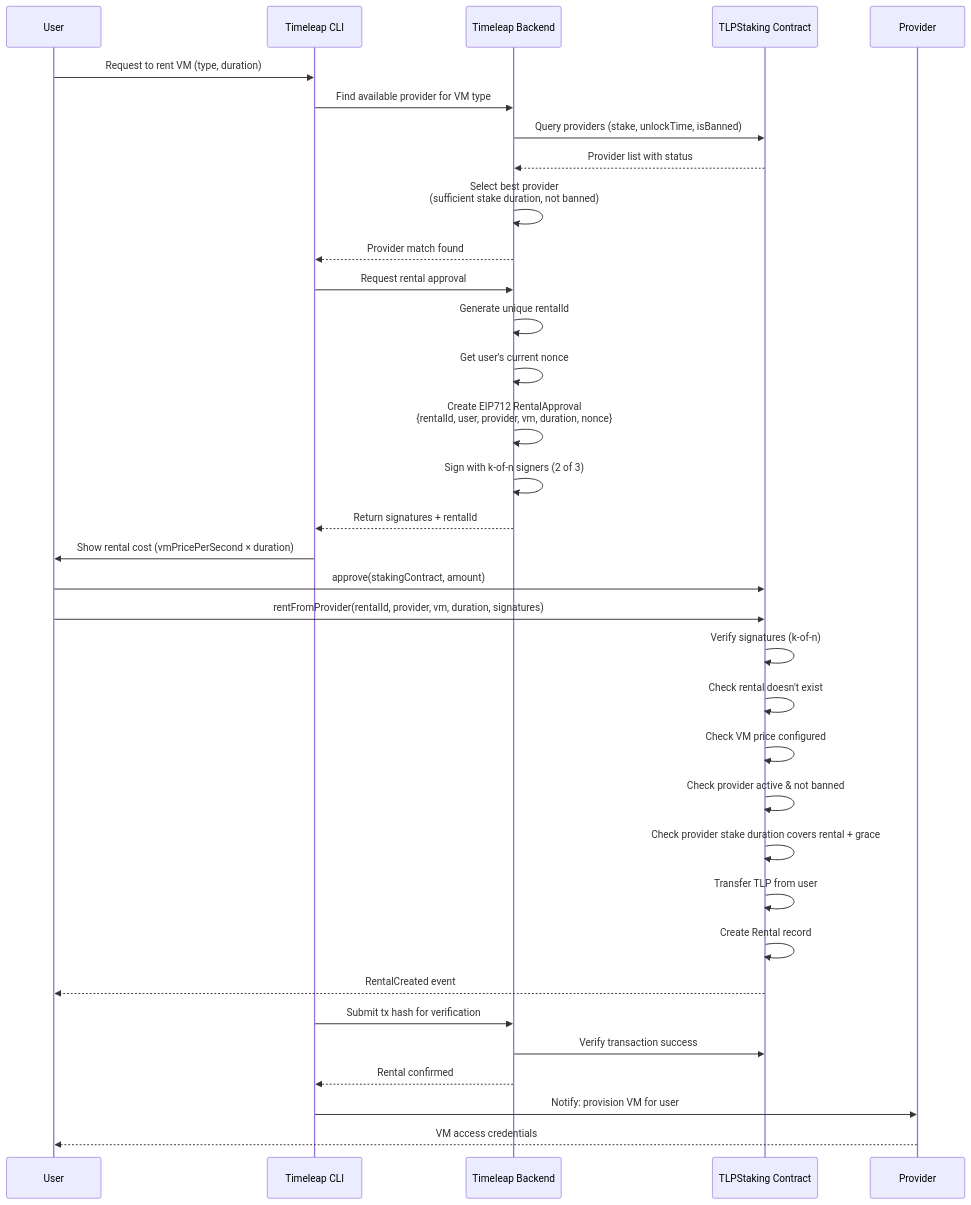
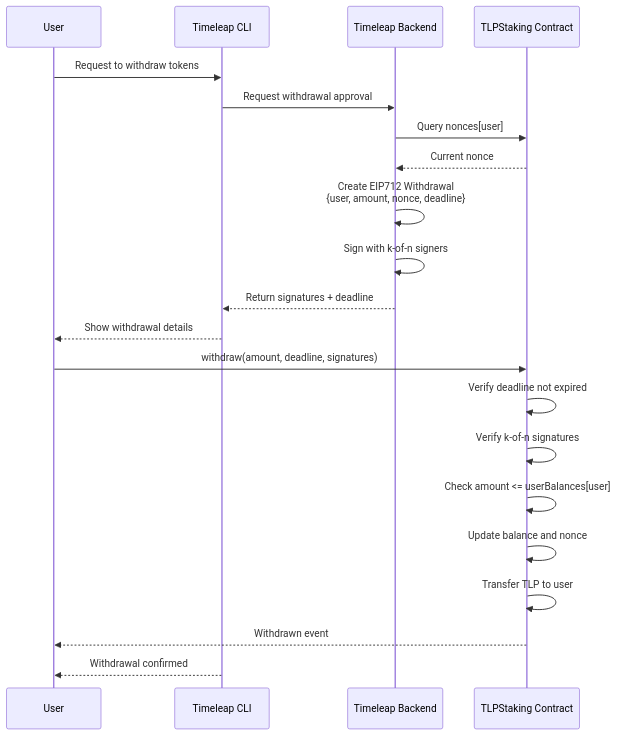
One commit to TimeleapLabs/tlp-contracts changed the second of 10 diagrams in docs/flowcharts.md. Above: the diagram before and after it, drawn with Mermaid. The commit also changed other lines of this file and 10 other files, not shown here.

First line of the commit message:
Simplify TLPStaking to pool-based escrow architecture

````diff
--- a/docs/flowcharts.md
+++ b/docs/flowcharts.md
@@ -9,41 +33,29 @@
 ```mermaid
 sequenceDiagram
     participant User
     participant CLI as Timeleap CLI
     participant Backend as Timeleap Backend
     participant Contract as TLPStaking Contract
-    participant Provider
 
-    User->>CLI: Request to rent VM (type, duration)
-    CLI->>Backend: Find available provider for VM type
-    Backend->>Contract: Query providers (stake, unlockTime, isBanned)
-    Contract-->>Backend: Provider list with status
-    Backend->>Backend: Select best provider<br/>(sufficient stake duration, not banned)
-    Backend-->>CLI: Provider match found
+    User->>CLI: Request to withdraw tokens
+    CLI->>Backend: Request withdrawal approval
 
-    CLI->>Backend: Request rental approval
-    Backend->>Backend: Generate unique rentalId
-    Backend->>Backend: Get user's current nonce
-    Backend->>Backend: Create EIP712 RentalApproval<br/>{rentalId, user, provider, vm, duration, nonce}
-    Backend->>Backend: Sign with k-of-n signers (2 of 3)
-    Backend-->>CLI: Return signatures + rentalId
+    Backend->>Contract: Query nonces[user]
+    Contract-->>Backend: Current nonce
 
-    CLI->>User: Show rental cost (vmPricePerSecond × duration)
-    User->>Contract: approve(stakingContract, amount)
-    User->>Contract: rentFromProvider(rentalId, provider, vm, duration, signatures)
+    Backend->>Backend: Create EIP712 Withdrawal<br/>{user, amount, nonce, deadline}
+    Backend->>Backend: Sign with k-of-n signers
+    Backend-->>CLI: Return signatures + deadline
 
-    Contract->>Contract: Verify signatures (k-of-n)
-    Contract->>Contract: Check rental doesn't exist
-    Contract->>Contract: Check VM price configured
-    Contract->>Contract: Check provider active & not banned
-    Contract->>Contract: Check provider stake duration covers rental + grace
-    Contract->>Contract: Transfer TLP from user
-    Contract->>Contract: Create Rental record
-    Contract-->>User: RentalCreated event
+    CLI-->>User: Show withdrawal details
+    User->>Contract: withdraw(amount, deadline, signatures)
 
-    CLI->>Backend: Submit tx hash for verification
-    Backend->>Contract: Verify transaction success
-    Backend-->>CLI: Rental confirmed
-    CLI->>Provider: Notify: provision VM for user
-    Provider-->>User: VM access credentials
+    Contract->>Contract: Verify deadline not expired
+    Contract->>Contract: Verify k-of-n signatures
+    Contract->>Contract: Check amount <= userBalances[user]
+    Contract->>Contract: Update balance and nonce
+    Contract->>Contract: Transfer TLP to user
+    Contract-->>User: Withdrawn event
+
+    CLI-->>User: Withdrawal confirmed
 ```
````
